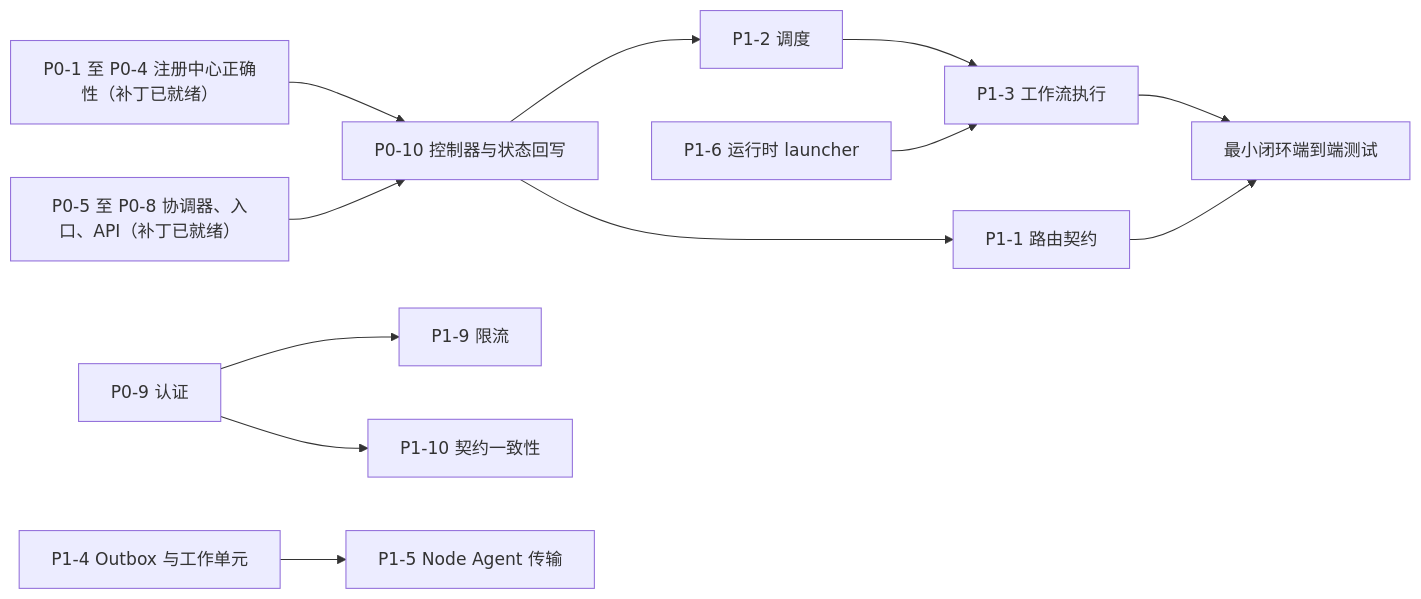
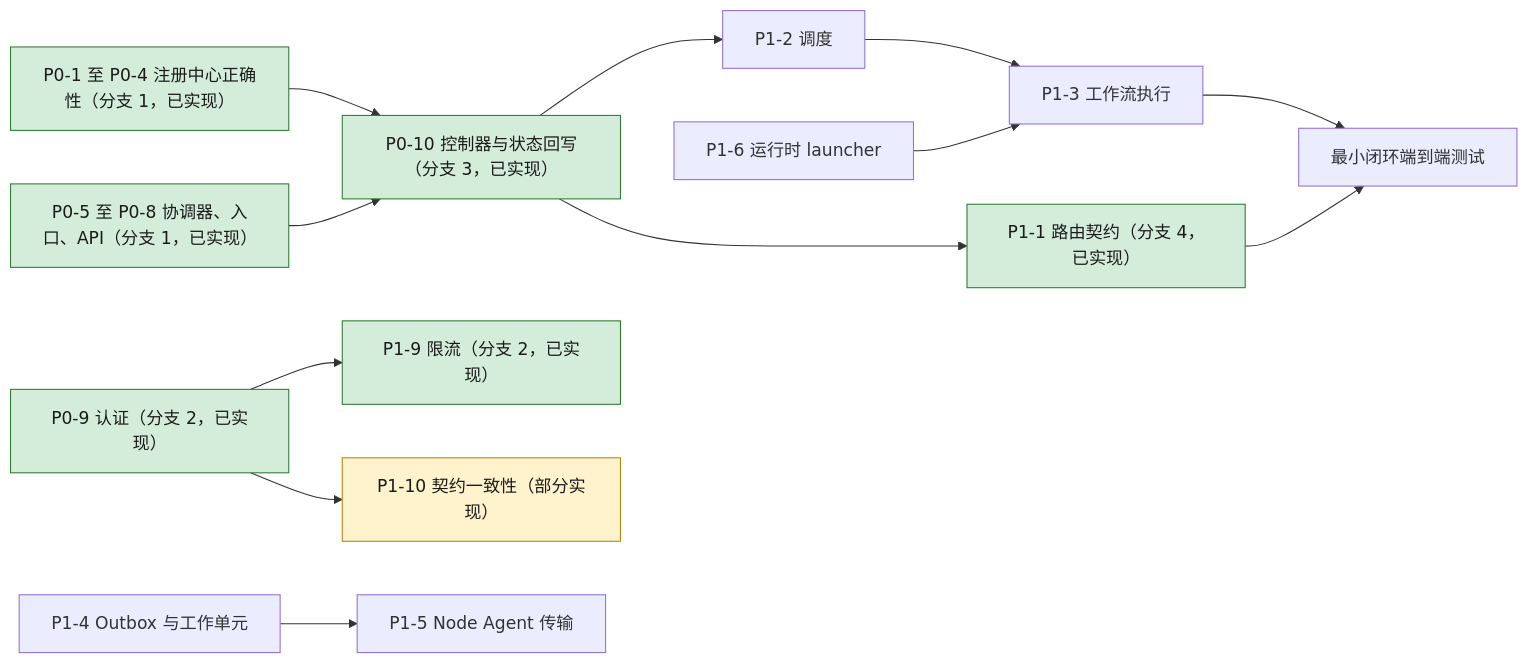
The diagram in docs/forgemesh-improvement-plan.md (KnightKKOP/Study), drawn with Mermaid before and after one commit. The commit also changed other lines of this file, not shown here.

````diff
--- a/docs/forgemesh-improvement-plan.md
+++ b/docs/forgemesh-improvement-plan.md
@@ -706,14 +902,18 @@
 ```mermaid
 flowchart LR
-  R["P0-1 至 P0-4 注册中心正确性（补丁已就绪）"] --> C["P0-10 控制器与状态回写"]
-  E["P0-5 至 P0-8 协调器、入口、API（补丁已就绪）"] --> C
+  R["P0-1 至 P0-4 注册中心正确性（分支 1，已实现）"] --> C["P0-10 控制器与状态回写（分支 3，已实现）"]
+  E["P0-5 至 P0-8 协调器、入口、API（分支 1，已实现）"] --> C
   C --> S["P1-2 调度"]
   S --> W["P1-3 工作流执行"]
   L["P1-6 运行时 launcher"] --> W
-  C --> RT["P1-1 路由契约"]
+  C --> RT["P1-1 路由契约（分支 4，已实现）"]
   W --> MVL["最小闭环端到端测试"]
   RT --> MVL
-  AUTH["P0-9 认证"] --> RL["P1-9 限流"]
-  AUTH --> API["P1-10 契约一致性"]
+  AUTH["P0-9 认证（分支 2，已实现）"] --> RL["P1-9 限流（分支 2，已实现）"]
+  AUTH --> API["P1-10 契约一致性（部分实现）"]
   OB["P1-4 Outbox 与工作单元"] --> NA["P1-5 Node Agent 传输"]
+  classDef implemented fill:#d4edda,stroke:#2e7d32,color:#1b1b1b
+  classDef partial fill:#fff3cd,stroke:#b8860b,color:#1b1b1b
+  class R,E,C,RT,AUTH,RL implemented
+  class API partial
 ```
````
